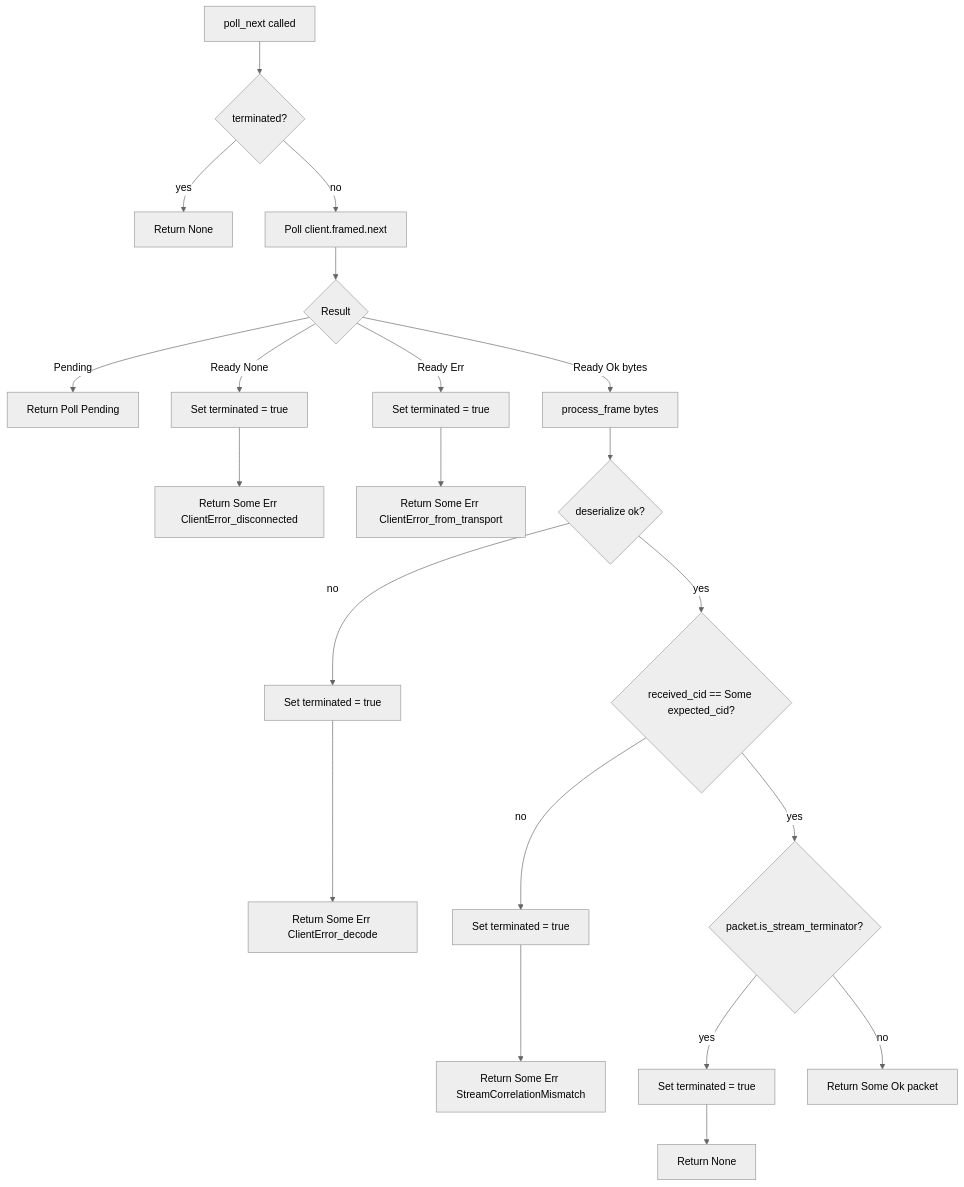
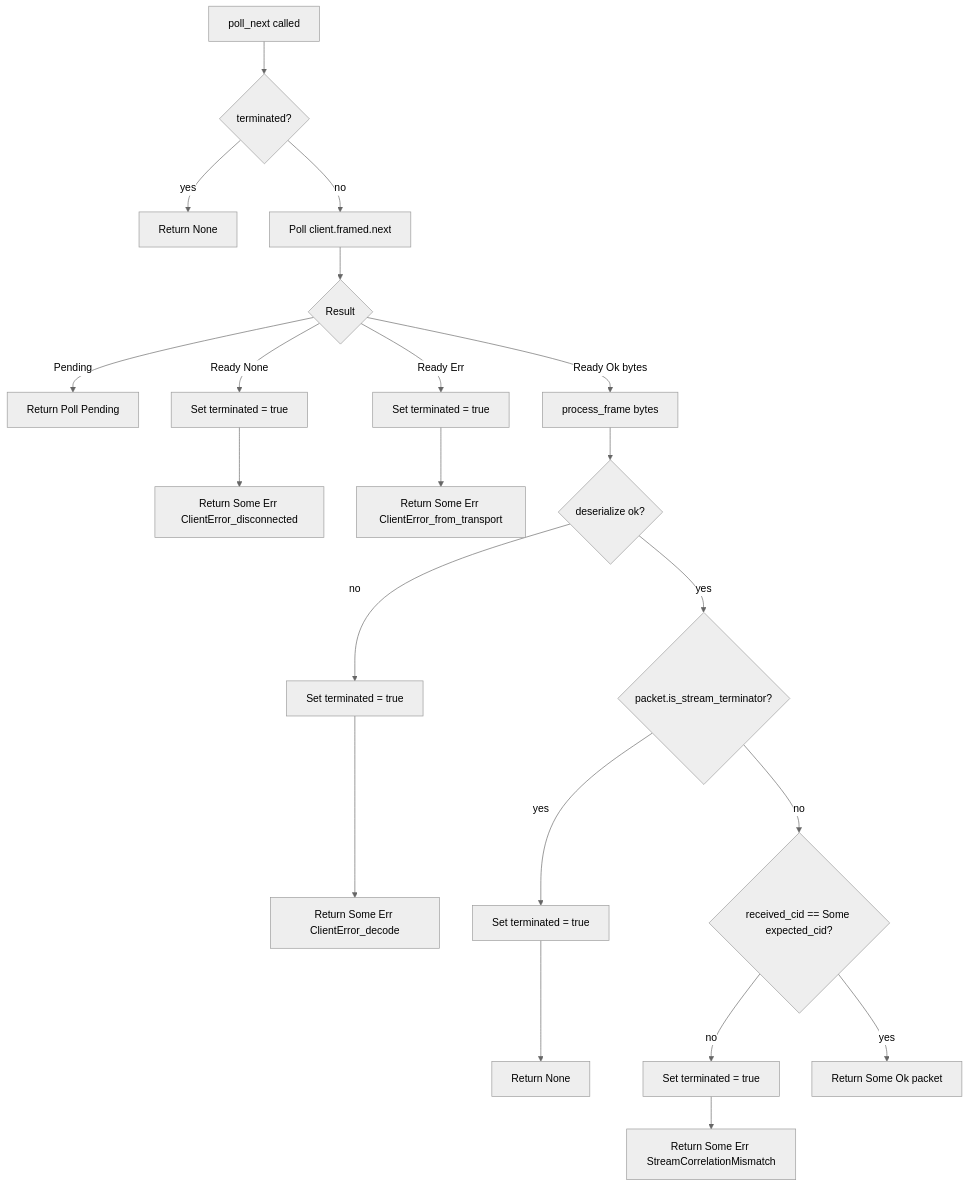
One commit to leynos/wireframe changed the diagram in docs/multi-packet-and-streaming-responses-design.md. Above: the diagram before and after it, drawn with Mermaid (neutral theme). The commit also changed other lines of this file and 8 other files, not shown here.

````diff
--- a/docs/multi-packet-and-streaming-responses-design.md
+++ b/docs/multi-packet-and-streaming-responses-design.md
@@ -666,32 +661,32 @@
 ```mermaid
 flowchart TD
     A_start[poll_next called] --> B_checkTerminated{terminated?}
     B_checkTerminated -- yes --> Z_returnNone[Return None]
     B_checkTerminated -- no --> C_pollFramed[Poll client.framed.next]
 
     C_pollFramed --> D_state{Result}
 
     D_state -- Pending --> E_pending[Return Poll Pending]
 
     D_state -- Ready None --> F_connClosed[Set terminated = true]
     F_connClosed --> F1_error[Return Some Err ClientError_disconnected]
 
     D_state -- Ready Err --> G_transportErr[Set terminated = true]
     G_transportErr --> G1_error[Return Some Err ClientError_from_transport]
 
     D_state -- Ready Ok bytes --> H_processFrame[process_frame bytes]
 
     H_processFrame --> I_deserialize{deserialize ok?}
     I_deserialize -- no --> J_decodeErr[Set terminated = true]
     J_decodeErr --> J1_error[Return Some Err ClientError_decode]
 
-    I_deserialize -- yes --> K_checkCid{received_cid == Some expected_cid?}
+    I_deserialize -- yes --> M_checkTerminator{packet.is_stream_terminator?}
+    M_checkTerminator -- yes --> N_setTerminated[Set terminated = true]
+    N_setTerminated --> O_returnNone[Return None]
+
+    M_checkTerminator -- no --> K_checkCid{received_cid == Some expected_cid?}
     K_checkCid -- no --> L_cidMismatch[Set terminated = true]
     L_cidMismatch --> L1_error[Return Some Err StreamCorrelationMismatch]
 
-    K_checkCid -- yes --> M_checkTerminator{packet.is_stream_terminator?}
-    M_checkTerminator -- yes --> N_setTerminated[Set terminated = true]
-    N_setTerminated --> O_returnNone[Return None]
-
-    M_checkTerminator -- no --> P_yield[Return Some Ok packet]
+    K_checkCid -- yes --> P_yield[Return Some Ok packet]
 ```
````
